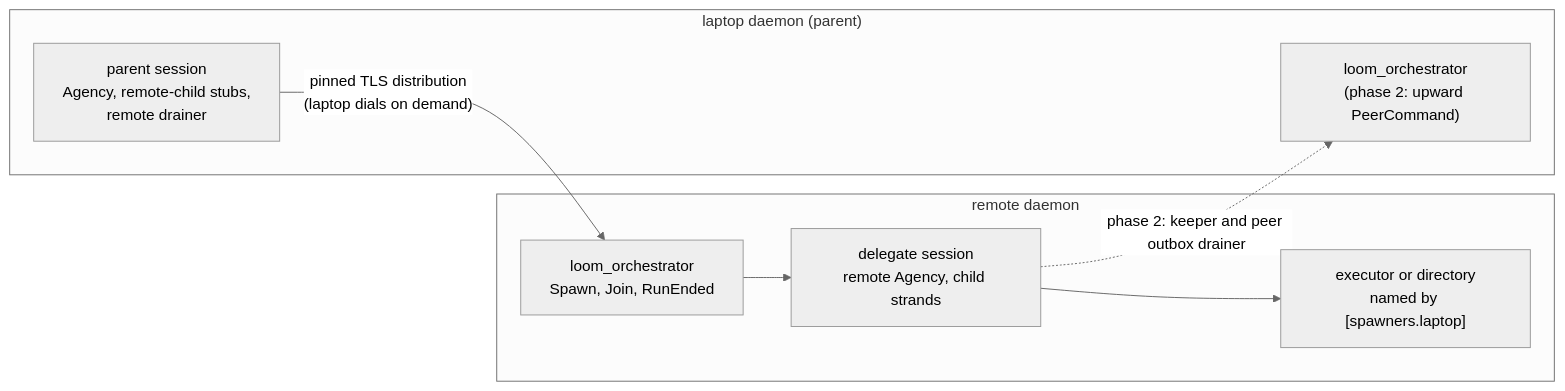
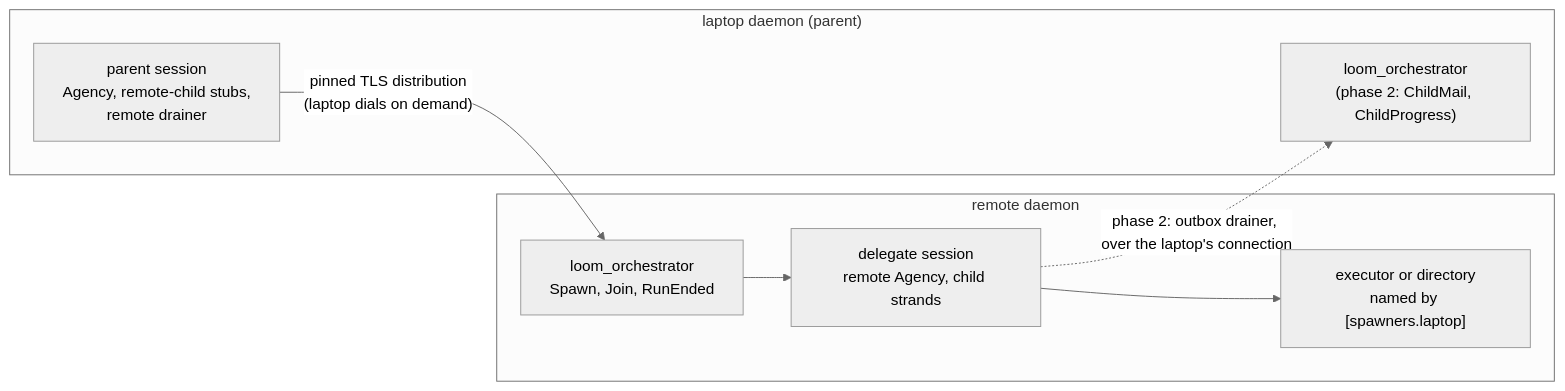
One commit to Roasbeef/loom changed the second of 5 diagrams in docs/design-notes/remote-subagents.md. Above: the diagram before and after it, drawn with Mermaid (neutral theme). The commit also changed other lines of this file and 22 other files, not shown here.

````diff
--- a/docs/design-notes/remote-subagents.md
+++ b/docs/design-notes/remote-subagents.md
@@ -208,16 +210,16 @@
 ```mermaid
 flowchart LR
     subgraph laptop["laptop daemon (parent)"]
         p["parent session<br/>Agency, remote-child stubs,<br/>remote drainer"]
-        lp["loom_orchestrator<br/>(phase 2: upward PeerCommand)"]
+        lp["loom_orchestrator<br/>(phase 2: ChildMail, ChildProgress)"]
     end
     subgraph remote["remote daemon"]
         rp["loom_orchestrator<br/>Spawn, Join, RunEnded"]
         d["delegate session<br/>remote Agency, child strands"]
         x["executor or directory<br/>named by [spawners.laptop]"]
     end
     p -- "pinned TLS distribution<br/>(laptop dials on demand)" --> rp
     rp --> d
     d --> x
-    d -. "phase 2: keeper and peer outbox drainer" .-> lp
+    d -. "phase 2: outbox drainer, over the laptop's connection" .-> lp
 ```
````
